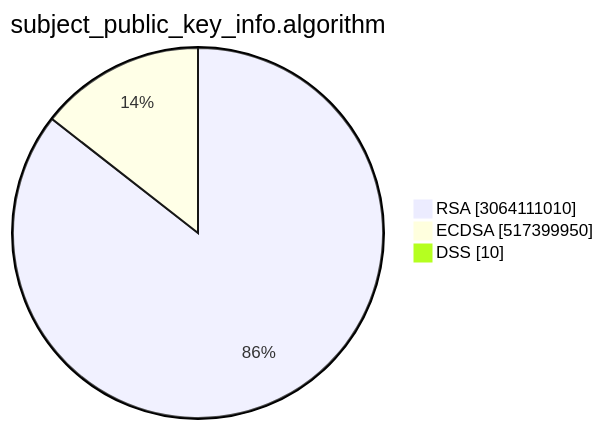
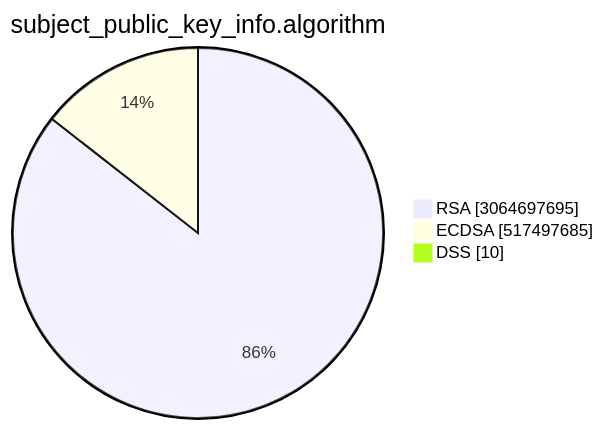
One commit to christiankrug/ctmonitor_visualization changed the second of 15 diagrams in TOTAL/README.md. Above: the diagram before and after it, drawn with Mermaid. The commit also changed other lines of this file, not shown here.

````diff
--- a/TOTAL/README.md
+++ b/TOTAL/README.md
@@ -6,7 +6,7 @@
 ```mermaid
 pie showData
 title subject_public_key_info.algorithm
-"RSA" :3064111010
-"ECDSA" :517399950
+"RSA" :3064697695
+"ECDSA" :517497685
 "DSS" :10
 ```
````
